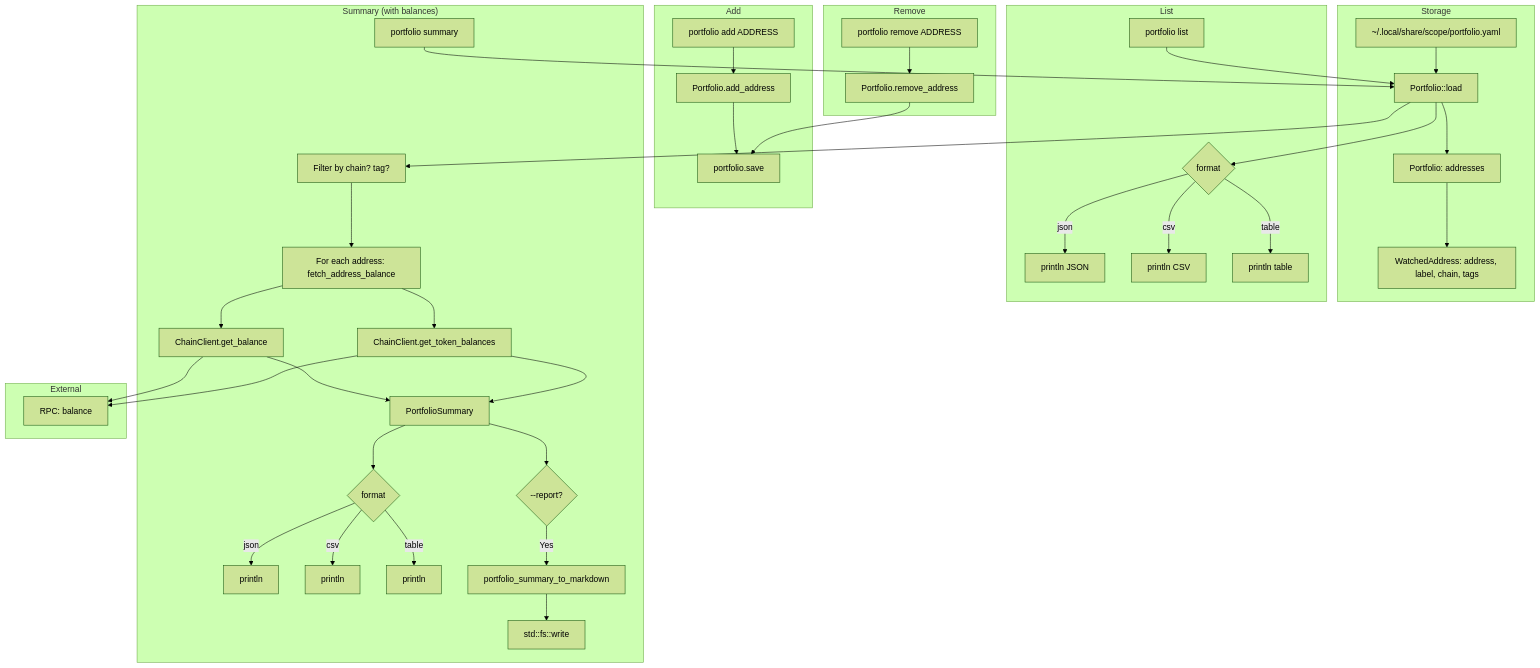
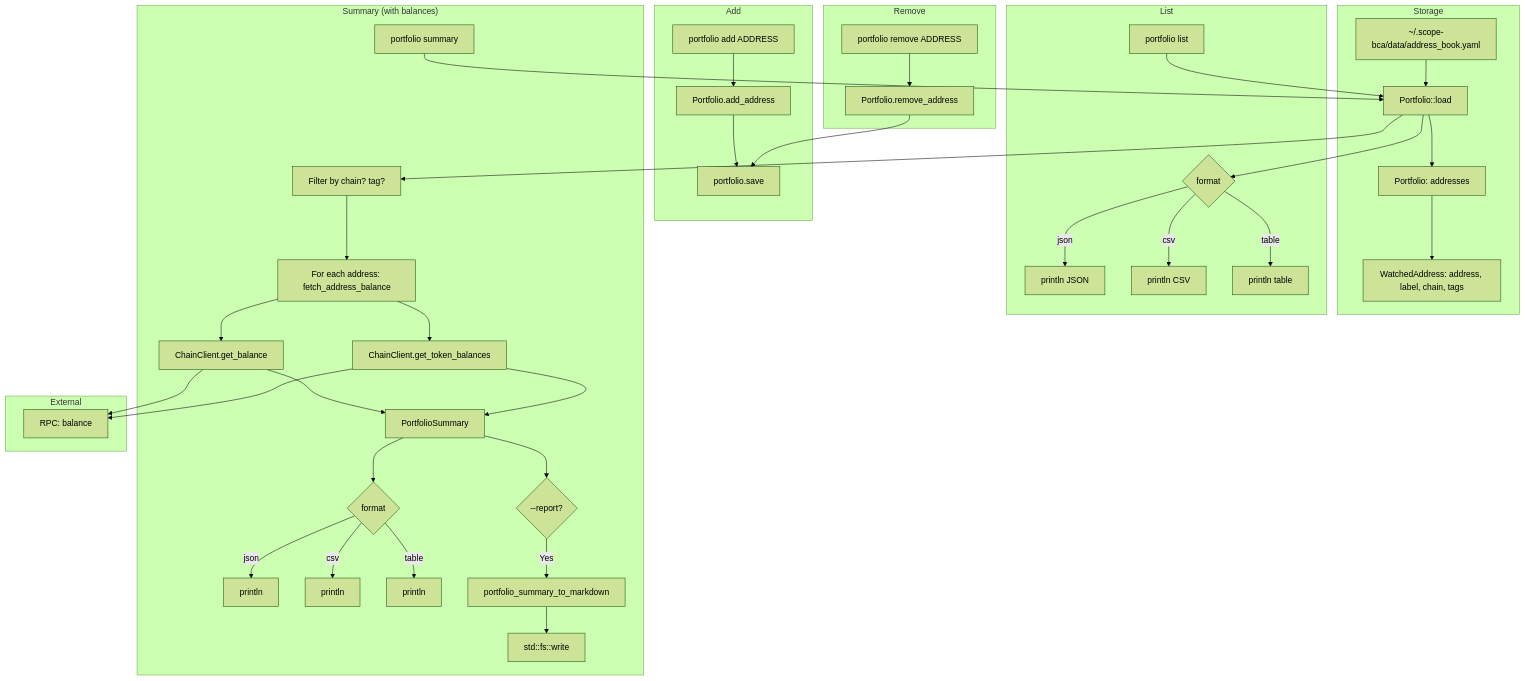
One commit to robot-accomplice/scope-blockchain-analysis changed the diagram in docs/architecture/dataflow-portfolio.md. Above: the diagram before and after it, drawn with Mermaid (forest theme). The commit also changed 18 other files, not shown here.

First line of the commit message:
docs: scope files are in ~/.scope-bca

````diff
--- a/docs/architecture/dataflow-portfolio.md
+++ b/docs/architecture/dataflow-portfolio.md
@@ -5,49 +5,49 @@
 ```mermaid
 flowchart TB
     subgraph Storage
-        A[~/.local/share/scope/portfolio.yaml]
+        A[~/.scope-bca/data/address_book.yaml]
         A --> B[Portfolio::load]
         B --> C[Portfolio: addresses]
         C --> D[WatchedAddress: address, label, chain, tags]
     end
 
     subgraph Add
         E[portfolio add ADDRESS] --> F[Portfolio.add_address]
         F --> G[portfolio.save]
     end
 
     subgraph Remove
         H[portfolio remove ADDRESS] --> I[Portfolio.remove_address]
         I --> G
     end
 
     subgraph List
         J[portfolio list] --> B
         B --> K{format}
         K -->|json| L[println JSON]
         K -->|csv| M[println CSV]
         K -->|table| N[println table]
     end
 
     subgraph Summary["Summary (with balances)"]
         O[portfolio summary] --> B
         B --> P[Filter by chain? tag?]
         P --> Q[For each address: fetch_address_balance]
         Q --> R[ChainClient.get_balance]
         Q --> S[ChainClient.get_token_balances]
         R --> T[PortfolioSummary]
         S --> T
         T --> U{format}
         U -->|json| V[println]
         U -->|csv| W[println]
         U -->|table| X[println]
         T --> Y{--report?}
         Y -->|Yes| Z[portfolio_summary_to_markdown]
         Z --> AA[std::fs::write]
     end
 
     subgraph External
         R --> AB[RPC: balance]
         S --> AB
     end
 ```
````
